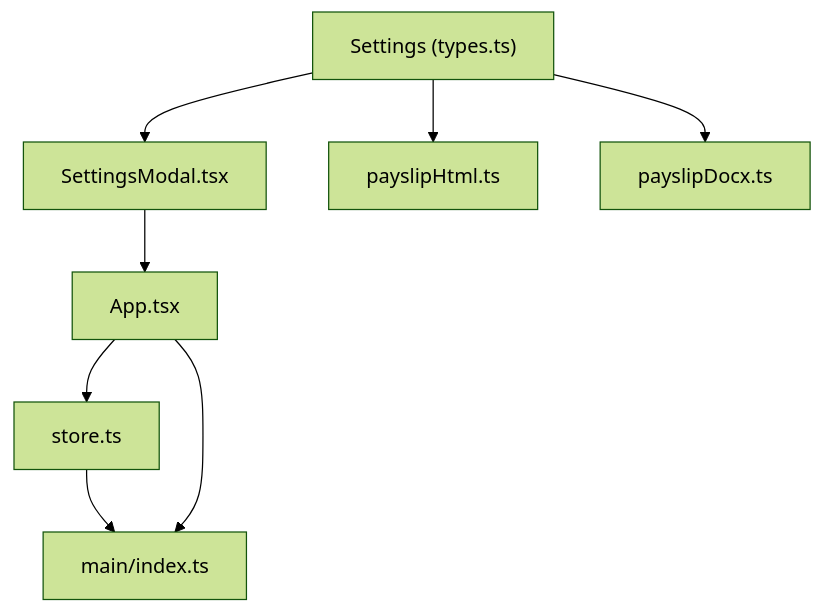
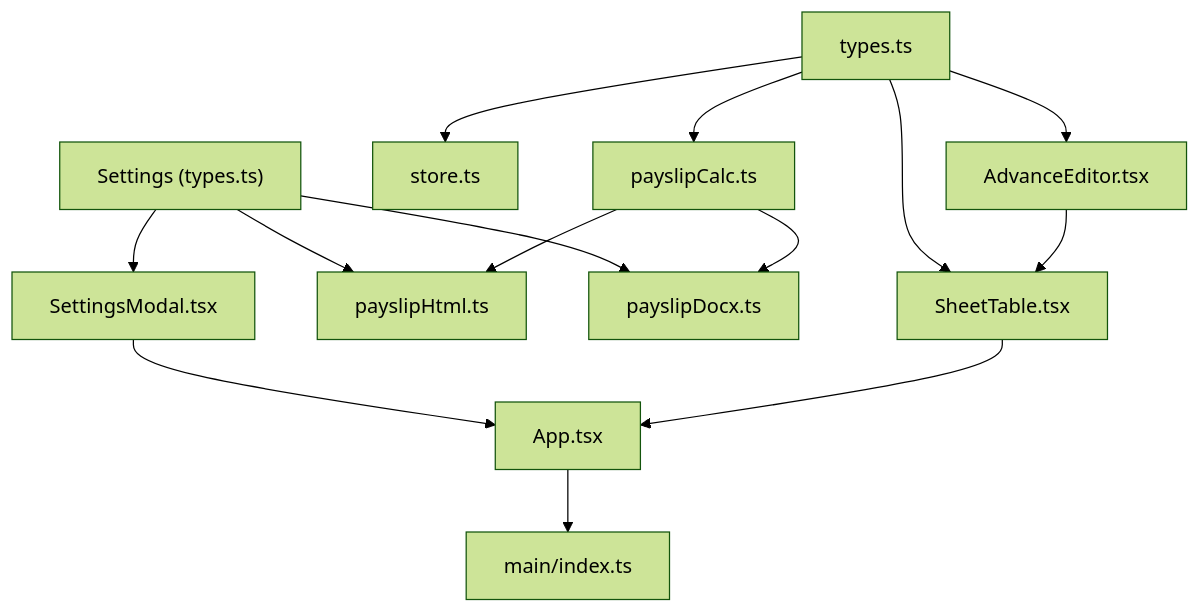
One commit to MdodoIng/salery-slip-generater changed the third of 3 diagrams in .qoder/repowiki/en/content/User Guide/Settings and Customization.md. Above: the diagram before and after it, drawn with Mermaid (forest theme). The commit also changed other lines of this file and 22 other files, not shown here.

First line of the commit message:
feat(payslip): centralize computation and add dated advance breakdowns

````diff
--- a/.qoder/repowiki/en/content/User Guide/Settings and Customization.md
+++ b/.qoder/repowiki/en/content/User Guide/Settings and Customization.md
@@ -276,10 +369,16 @@
 ```mermaid
 flowchart TD
 S["Settings (types.ts)"] --> M["SettingsModal.tsx"]
 S --> H["payslipHtml.ts"]
 S --> D["payslipDocx.ts"]
+T["types.ts"] --> ST["store.ts"]
+T --> SH["SheetTable.tsx"]
+T --> AE["AdvanceEditor.tsx"]
+T --> PC["payslipCalc.ts"]
 M --> A["App.tsx"]
-A --> ST["store.ts"]
-ST --> MP["main/index.ts"]
-A --> MP
+SH --> A
+AE --> SH
+A --> MP["main/index.ts"]
+PC --> H
+PC --> D
 ```
````
